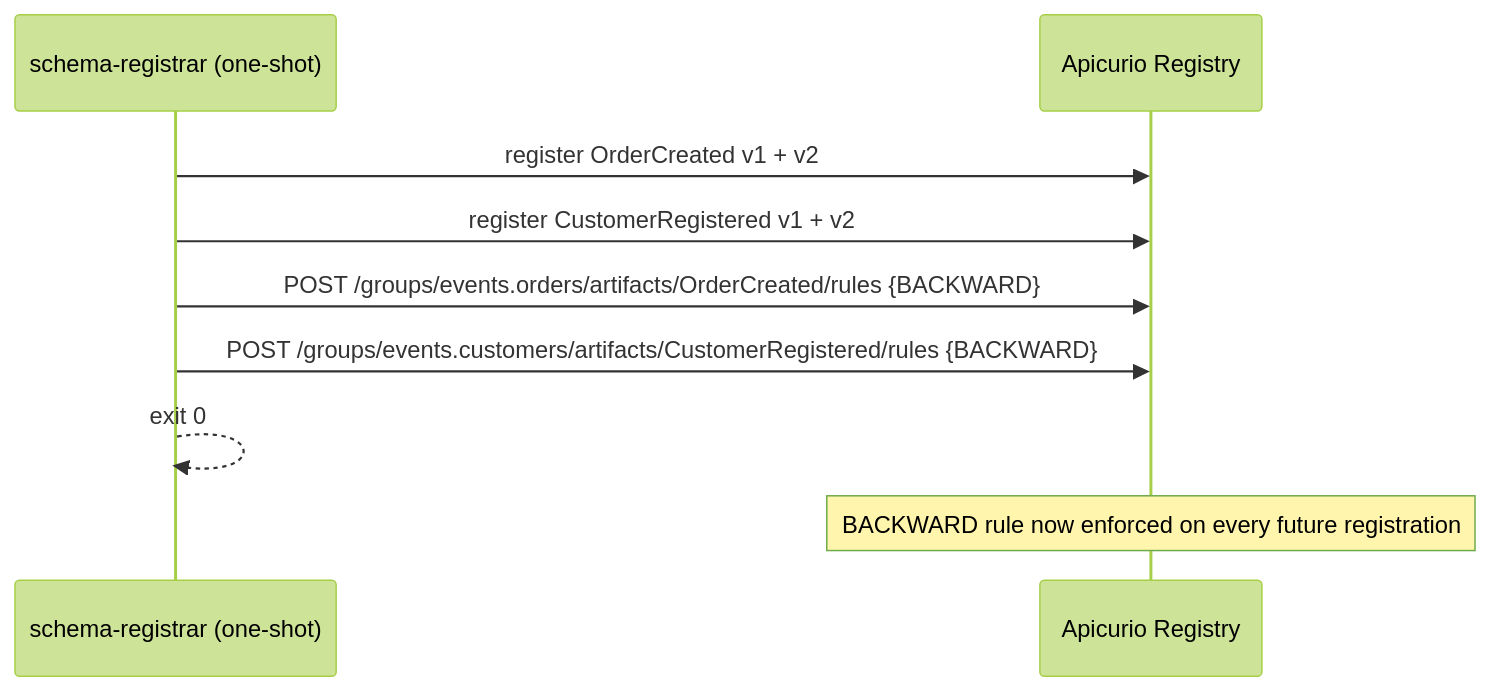
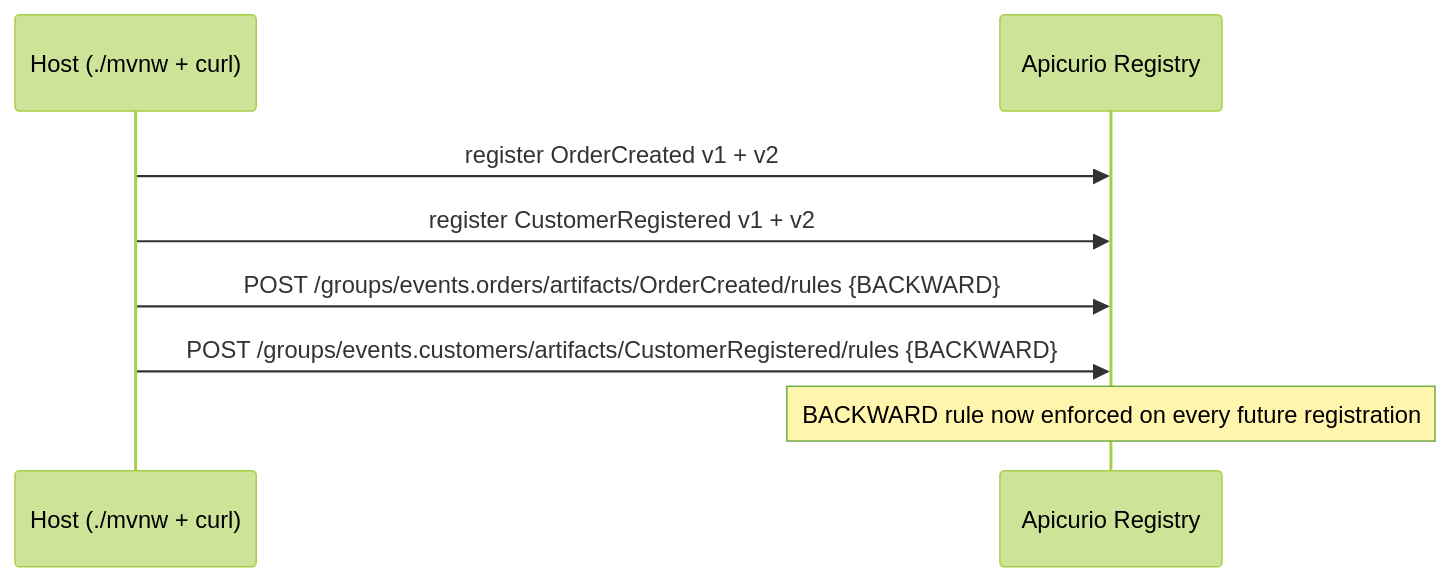
One commit to anarefin/schema-registry-demo changed the eighth of 9 diagrams in docs/TECHNICAL-REPORT.md. Above: the diagram before and after it, drawn with Mermaid (forest theme). The commit also changed other lines of this file and 27 other files, not shown here.

Commit message:
Refactor schema registration process to be a host-Maven step instead of a Docker service.

````diff
--- a/docs/TECHNICAL-REPORT.md
+++ b/docs/TECHNICAL-REPORT.md
@@ -492,12 +491,11 @@
 ```mermaid
 sequenceDiagram
-    participant SR as schema-registrar (one-shot)
+    participant DEV as Host (./mvnw + curl)
     participant AP as Apicurio Registry
 
-    SR->>AP: register OrderCreated v1 + v2
-    SR->>AP: register CustomerRegistered v1 + v2
-    SR->>AP: POST /groups/events.orders/artifacts/OrderCreated/rules {BACKWARD}
-    SR->>AP: POST /groups/events.customers/artifacts/CustomerRegistered/rules {BACKWARD}
-    SR-->>SR: exit 0
+    DEV->>AP: register OrderCreated v1 + v2
+    DEV->>AP: register CustomerRegistered v1 + v2
+    DEV->>AP: POST /groups/events.orders/artifacts/OrderCreated/rules {BACKWARD}
+    DEV->>AP: POST /groups/events.customers/artifacts/CustomerRegistered/rules {BACKWARD}
     Note over AP: BACKWARD rule now enforced on every future registration
 ```
````
